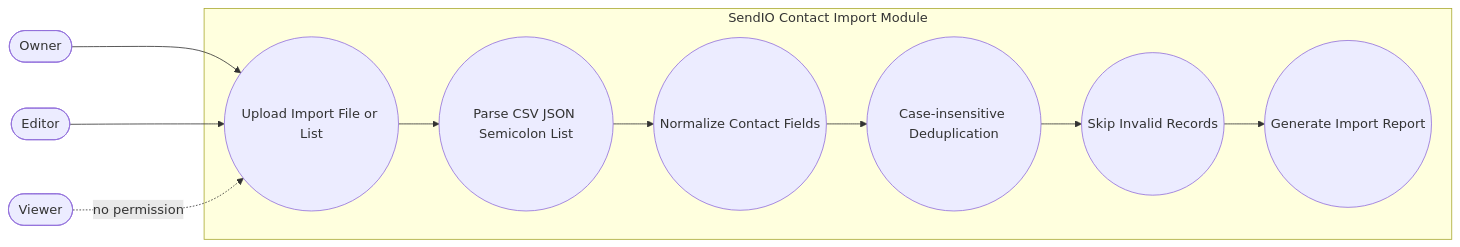
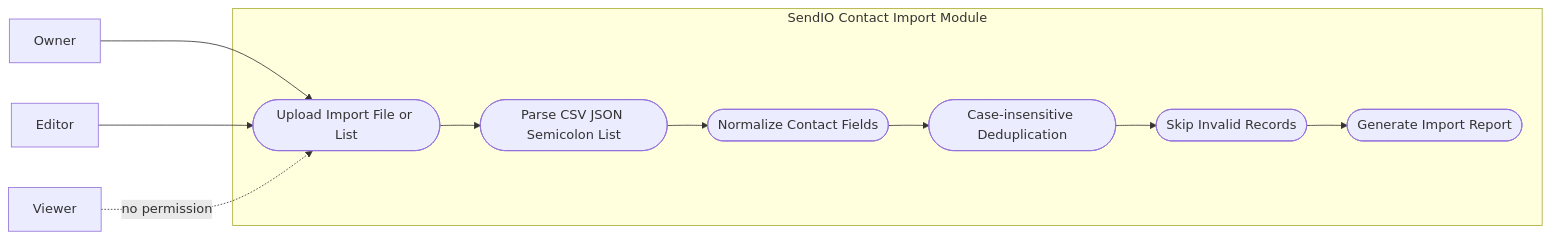
One commit to Chopyh/SendIO changed the diagram in docs/analysis/interactions/contact-import-use-cases.md. Above: the diagram before and after it, drawn with Mermaid. The commit also changed 40 other files, not shown here.

Commit message:
Translate design documentation to Spanish, update activity and component diagrams, and add new system design chapter for SendIO. Implement Docker Redis queue worker and enhance validation documentation. Refactor frontend campaign list page and update shell scripts for queue management.

````diff
--- a/docs/analysis/interactions/contact-import-use-cases.md
+++ b/docs/analysis/interactions/contact-import-use-cases.md
@@ -5,24 +5,24 @@
 ```mermaid
 flowchart LR
-  Owner([Owner])
-  Editor([Editor])
-  Viewer([Viewer])
+  Owner[Owner]
+  Editor[Editor]
+  Viewer[Viewer]
 
   subgraph SendIOImport[SendIO Contact Import Module]
-    UC1((Upload Import File or List))
-    UC2((Parse CSV JSON Semicolon List))
-    UC3((Normalize Contact Fields))
-    UC4((Case-insensitive Deduplication))
-    UC5((Skip Invalid Records))
-    UC6((Generate Import Report))
+    UC1([Upload Import File or List])
+    UC2([Parse CSV JSON Semicolon List])
+    UC3([Normalize Contact Fields])
+    UC4([Case-insensitive Deduplication])
+    UC5([Skip Invalid Records])
+    UC6([Generate Import Report])
   end
 
   Owner --> UC1
   Editor --> UC1
   UC1 --> UC2
   UC2 --> UC3
   UC3 --> UC4
   UC4 --> UC5
   UC5 --> UC6
   Viewer -. no permission .-> UC1
 ```
````
